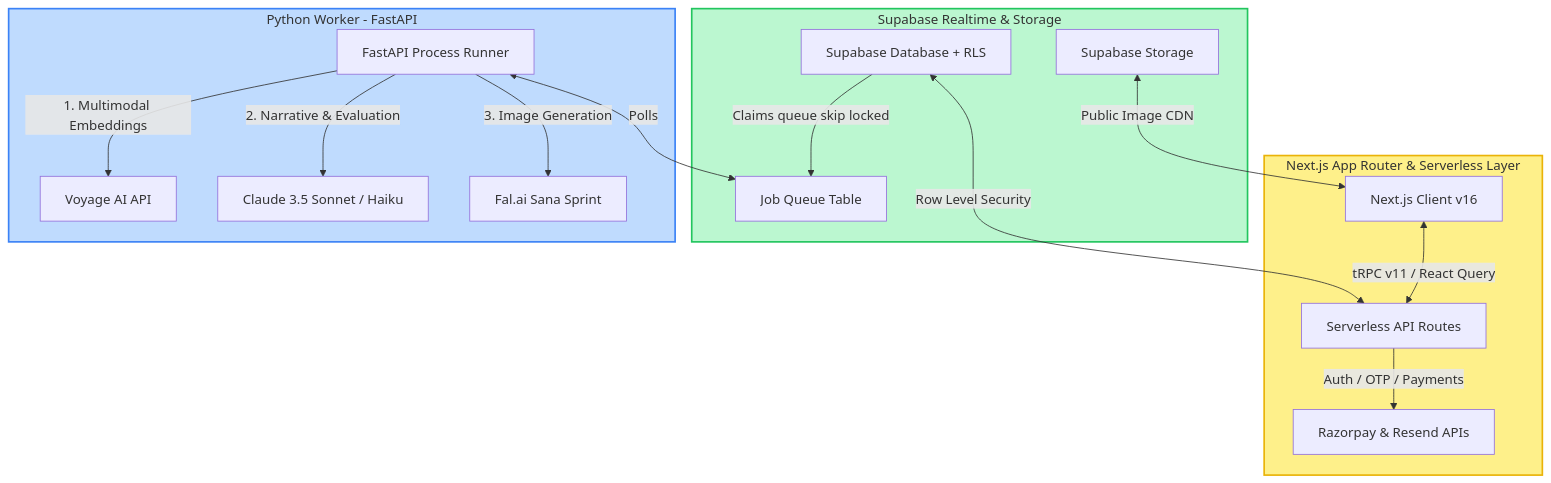
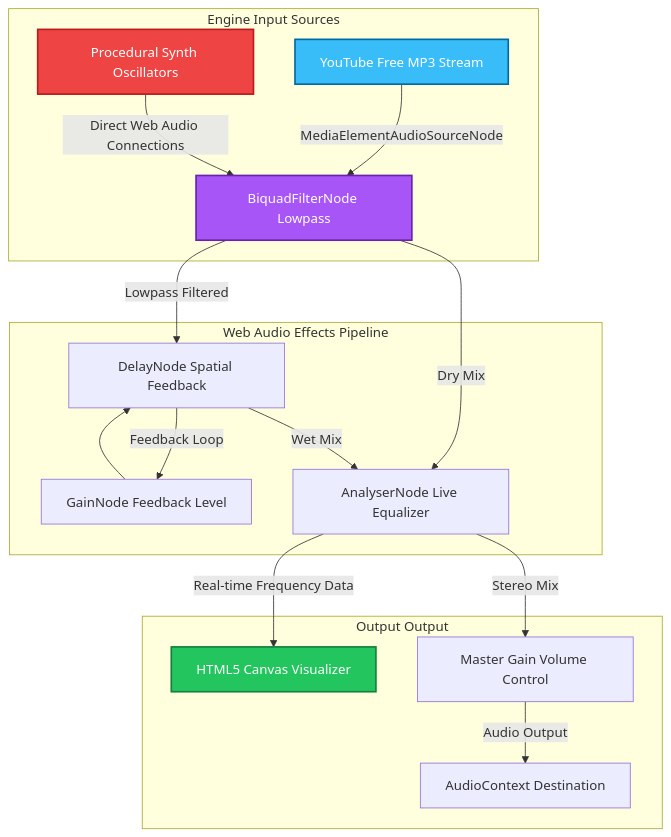
The diagram in README.md (bansalbhunesh/Woh-wala-trip), drawn with Mermaid before and after one commit. The commit also changed other lines of this file and 1 other file, not shown here.

````diff
--- a/README.md
+++ b/README.md
@@ -62,24 +167,26 @@
 ```mermaid
-graph TB
-    subgraph Frontend [Next.js App Router & Serverless Layer]
-        A[Next.js Client v16] <-->|tRPC v11 / React Query| B[Serverless API Routes]
-        B -->|Auth / OTP / Payments| C[Razorpay & Resend APIs]
+graph TD
+    subgraph Engine Input Sources
+        A[YouTube Free MP3 Stream] -->|MediaElementAudioSourceNode| C[BiquadFilterNode Lowpass]
+        B[Procedural Synth Oscillators] -->|Direct Web Audio Connections| C
     end
 
-    subgraph Database [Supabase Realtime & Storage]
-        D[Supabase Database + RLS] <-->|Row Level Security| B
-        E[Supabase Storage] <-->|Public Image CDN| A
-        D -->|Claims queue skip locked| F[Job Queue Table]
+    subgraph Web Audio Effects Pipeline
+        C -->|Lowpass Filtered| D[DelayNode Spatial Feedback]
+        D -->|Feedback Loop| E[GainNode Feedback Level]
+        E --> D
+        C -->|Dry Mix| F[AnalyserNode Live Equalizer]
+        D -->|Wet Mix| F
     end
 
-    subgraph AIWorker [Python Worker - FastAPI]
-        G[FastAPI Process Runner] <-->|Polls| F
-        G -->|1. Multimodal Embeddings| H[Voyage AI API]
-        G -->|2. Narrative & Evaluation| I[Claude 3.5 Sonnet / Haiku]
-        G -->|3. Image Generation| J[Fal.ai Sana Sprint]
+    subgraph Output Output
+        F -->|Real-time Frequency Data| G[HTML5 Canvas Visualizer]
+        F -->|Stereo Mix| H[Master Gain Volume Control]
+        H -->|Audio Output| I[AudioContext Destination]
     end
 
-    style Frontend fill:#fef08a,stroke:#eab308,stroke-width:2px
-    style Database fill:#bbf7d0,stroke:#22c55e,stroke-width:2px
-    style AIWorker fill:#bfdbfe,stroke:#3b82f6,stroke-width:2px
+    style A fill:#38bdf8,stroke:#0369a1,stroke-width:2px,color:#fff
+    style B fill:#ef4444,stroke:#b91c1c,stroke-width:2px,color:#fff
+    style C fill:#a855f7,stroke:#6b21a8,stroke-width:2px,color:#fff
+    style G fill:#22c55e,stroke:#15803d,stroke-width:2px,color:#fff
 ```
````
